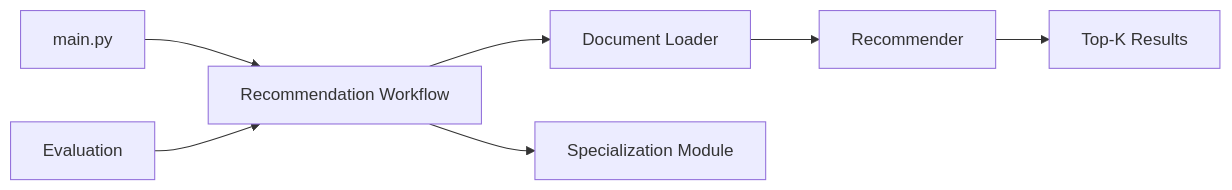
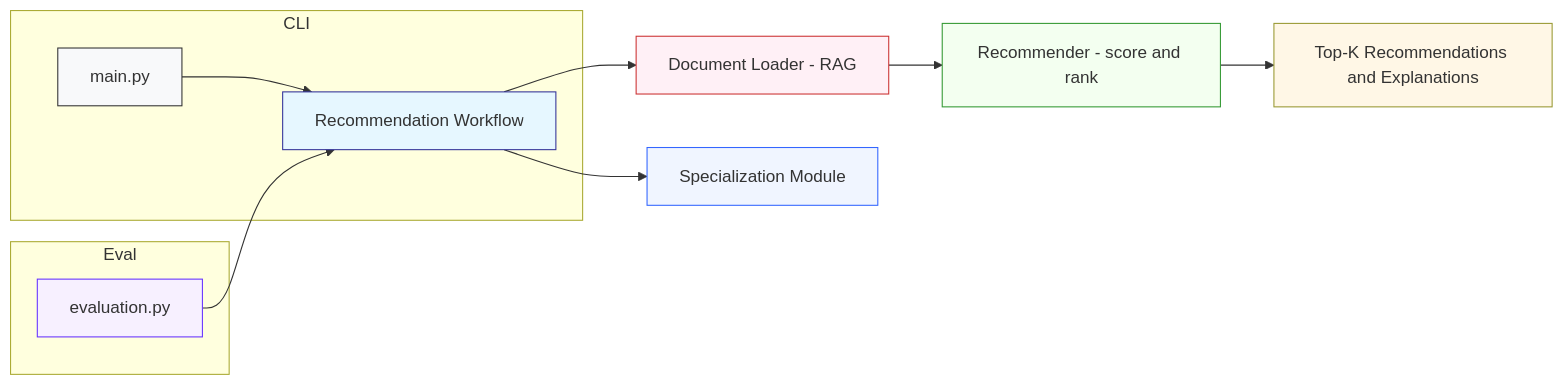
Before and after one commit to xiajieou/applied-ai-system-project: the diagram in assets/architecture.mmd, drawn with Mermaid. The commit also changed 1 other file, not shown here.

Commit message:
Restore styled Mermaid diagram (avoid problematic chars)

```diff
--- a/assets/architecture.mmd
+++ b/assets/architecture.mmd
@@ -1,8 +1,20 @@
 %% Architecture diagram for the Music Recommender (simplified for GitHub)
+%% Architecture diagram for the Music Recommender (styled)
 flowchart LR
-  A[main.py] --> B[Recommendation Workflow]
-  B --> C[Document Loader]
-  C --> D[Recommender]
-  D --> E[Top-K Results]
+  subgraph CLI
+    A[main.py] --> B[Recommendation Workflow]
+  end
+  B --> C[Document Loader - RAG]
+  C --> D[Recommender - score and rank]
+  D --> E[Top-K Recommendations and Explanations]
   B --> F[Specialization Module]
-  G[Evaluation] --> B
+  subgraph Eval
+    G[evaluation.py] --> B
+  end
+  style A fill:#f8f9fa,stroke:#333,stroke-width:1px
+  style B fill:#e6f7ff,stroke:#339,stroke-width:1px
+  style C fill:#fff0f6,stroke:#c33,stroke-width:1px
+  style D fill:#f3fff0,stroke:#393,stroke-width:1px
+  style E fill:#fff7e6,stroke:#993,stroke-width:1px
+  style F fill:#f0f5ff,stroke:#36f,stroke-width:1px
+  style G fill:#f7f0ff,stroke:#63f,stroke-width:1px
```
